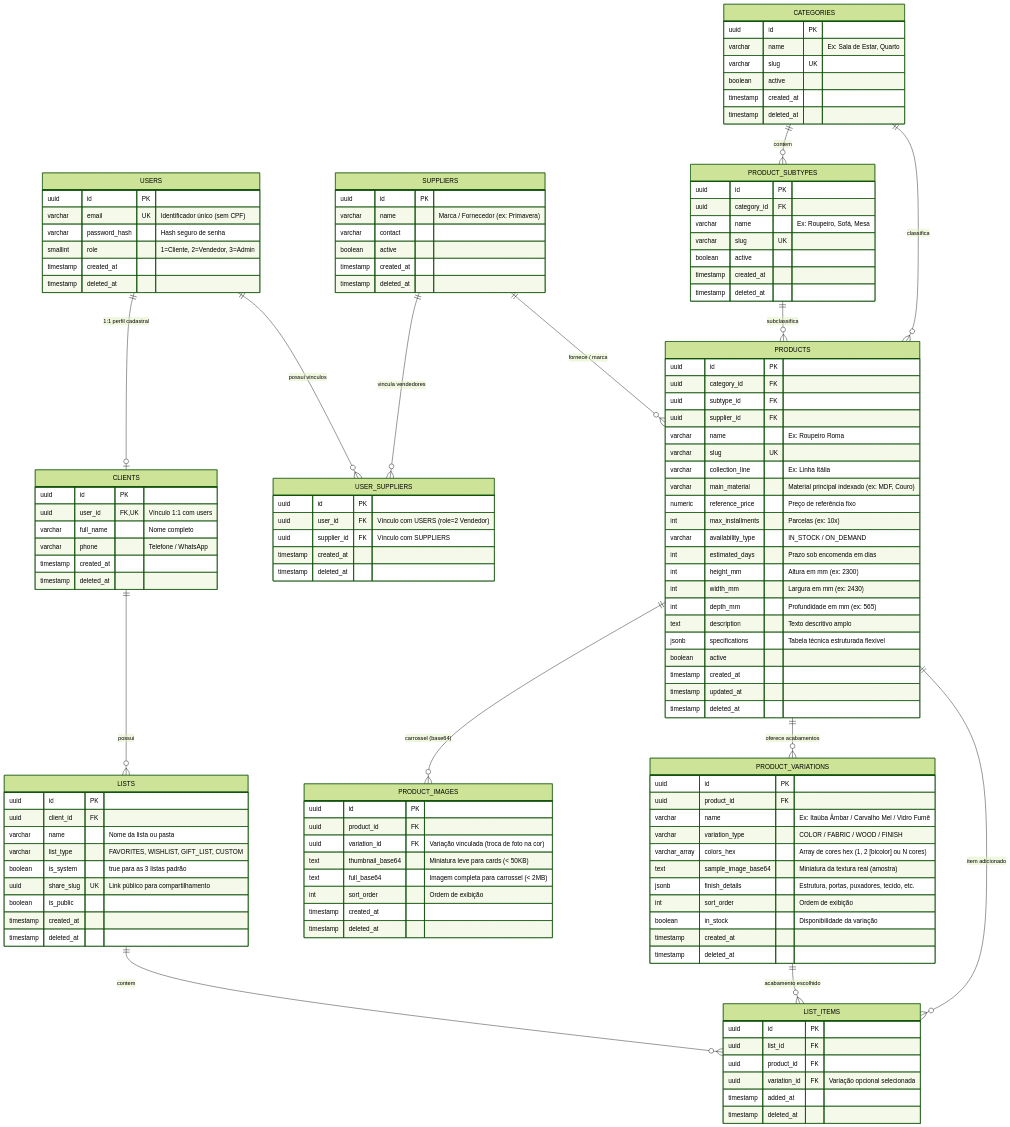
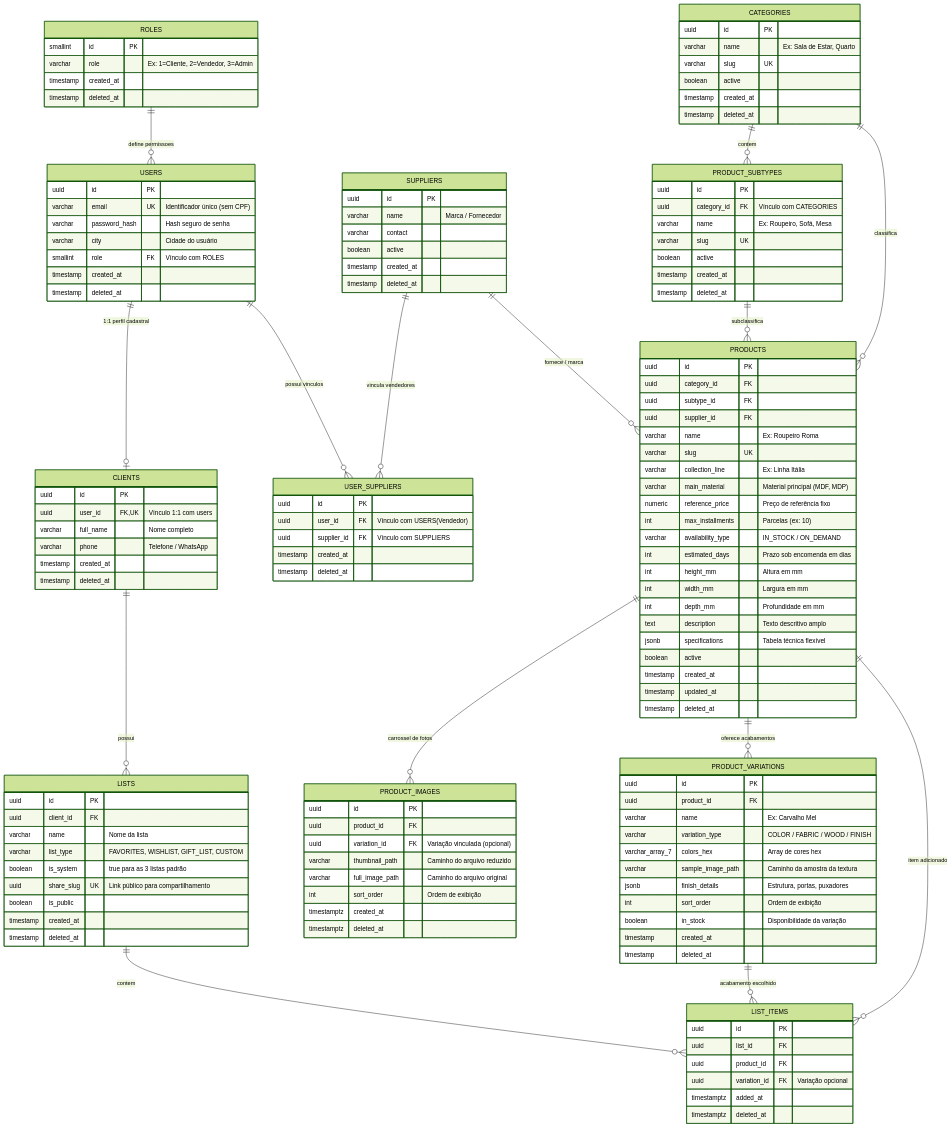
The diagram in docs/PRD.md (Joao-Camilo-Mallmann/site-emporio-henz), drawn with Mermaid (forest theme) before and after one commit.

Commit message:
Refine ER diagram and update field descriptions
Updated the entity-relationship diagram and refined field descriptions for clarity.

````diff
--- a/docs/PRD.md
+++ b/docs/PRD.md
@@ -323,5 +323,6 @@
 ```mermaid
 erDiagram
+    ROLES ||--o{ USERS : "define permissoes"
     USERS ||--o| CLIENTS : "1:1 perfil cadastral"
     USERS ||--o{ USER_SUPPLIERS : "possui vinculos"
     SUPPLIERS ||--o{ USER_SUPPLIERS : "vincula vendedores"
@@ -330,24 +331,32 @@
     CATEGORIES ||--o{ PRODUCTS : "classifica"
     PRODUCT_SUBTYPES ||--o{ PRODUCTS : "subclassifica"
     SUPPLIERS ||--o{ PRODUCTS : "fornece / marca"
-    PRODUCTS ||--o{ PRODUCT_IMAGES : "carrossel (base64)"
+    PRODUCTS ||--o{ PRODUCT_IMAGES : "carrossel de fotos"
     PRODUCTS ||--o{ PRODUCT_VARIATIONS : "oferece acabamentos"
     LISTS ||--o{ LIST_ITEMS : "contem"
     PRODUCTS ||--o{ LIST_ITEMS : "item adicionado"
     PRODUCT_VARIATIONS ||--o{ LIST_ITEMS : "acabamento escolhido"
 
+    ROLES {
+        smallint id PK
+        varchar role "Ex: 1=Cliente, 2=Vendedor, 3=Admin"
+        timestamp created_at
+        timestamp deleted_at
+    }
+
     USERS {
         uuid id PK
         varchar email UK "Identificador único (sem CPF)"
         varchar password_hash "Hash seguro de senha"
-        smallint role "1=Cliente, 2=Vendedor, 3=Admin"
+        varchar city "Cidade do usuário"
+        smallint role FK "Vínculo com ROLES"
         timestamp created_at
         timestamp deleted_at
     }
 
     USER_SUPPLIERS {
         uuid id PK
-        uuid user_id FK "Vínculo com USERS (role=2 Vendedor)"
+        uuid user_id FK "Vínculo com USERS(Vendedor)"
         uuid supplier_id FK "Vínculo com SUPPLIERS"
         timestamp created_at
         timestamp deleted_at
@@ -373,7 +382,7 @@
 
     PRODUCT_SUBTYPES {
         uuid id PK
-        uuid category_id FK
+        uuid category_id FK "Vínculo com CATEGORIES"
         varchar name "Ex: Roupeiro, Sofá, Mesa"
         varchar slug UK
         boolean active
@@ -383,7 +392,7 @@
 
     SUPPLIERS {
         uuid id PK
-        varchar name "Marca / Fornecedor (ex: Primavera)"
+        varchar name "Marca / Fornecedor"
         varchar contact
         boolean active
         timestamp created_at
@@ -398,16 +407,16 @@
         varchar name "Ex: Roupeiro Roma"
         varchar slug UK
         varchar collection_line "Ex: Linha Itália"
-        varchar main_material "Material principal indexado (ex: MDF, Couro)"
+        varchar main_material "Material principal (MDF, MDP)"
         numeric reference_price "Preço de referência fixo"
-        int max_installments "Parcelas (ex: 10x)"
+        int max_installments "Parcelas (ex: 10)"
         varchar availability_type "IN_STOCK / ON_DEMAND"
         int estimated_days "Prazo sob encomenda em dias"
-        int height_mm "Altura em mm (ex: 2300)"
-        int width_mm "Largura em mm (ex: 2430)"
-        int depth_mm "Profundidade em mm (ex: 565)"
+        int height_mm "Altura em mm"
+        int width_mm "Largura em mm"
+        int depth_mm "Profundidade em mm"
         text description "Texto descritivo amplo"
-        jsonb specifications "Tabela técnica estruturada flexível"
+        jsonb specifications "Tabela técnica flexível"
         boolean active
         timestamp created_at
         timestamp updated_at
@@ -417,22 +426,22 @@
     PRODUCT_IMAGES {
         uuid id PK
         uuid product_id FK
-        uuid variation_id FK "Variação vinculada (troca de foto na cor)"
-        text thumbnail_base64 "Miniatura leve para cards (< 50KB)"
-        text full_base64 "Imagem completa para carrossel (< 2MB)"
+        uuid variation_id FK "Variação vinculada (opcional)"
+        varchar thumbnail_path "Caminho do arquivo reduzido"
+        varchar full_image_path "Caminho do arquivo original"
         int sort_order "Ordem de exibição"
-        timestamp created_at
-        timestamp deleted_at
+        timestamptz created_at
+        timestamptz deleted_at
     }
 
     PRODUCT_VARIATIONS {
         uuid id PK
         uuid product_id FK
-        varchar name "Ex: Itaúba Âmbar / Carvalho Mel / Vidro Fumê"
+        varchar name "Ex: Carvalho Mel"
         varchar variation_type "COLOR / FABRIC / WOOD / FINISH"
-        varchar_array colors_hex "Array de cores hex (1, 2 [bicolor] ou N cores)"
-        text sample_image_base64 "Miniatura da textura real (amostra)"
-        jsonb finish_details "Estrutura, portas, puxadores, tecido, etc."
+        varchar_array_7 colors_hex "Array de cores hex"
+        varchar sample_image_path "Caminho da amostra da textura"
+        jsonb finish_details "Estrutura, portas, puxadores"
         int sort_order "Ordem de exibição"
         boolean in_stock "Disponibilidade da variação"
         timestamp created_at
@@ -442,7 +451,7 @@
     LISTS {
         uuid id PK
         uuid client_id FK
-        varchar name "Nome da lista ou pasta"
+        varchar name "Nome da lista"
         varchar list_type "FAVORITES, WISHLIST, GIFT_LIST, CUSTOM"
         boolean is_system "true para as 3 listas padrão"
         uuid share_slug UK "Link público para compartilhamento"
@@ -455,8 +464,8 @@
         uuid id PK
         uuid list_id FK
         uuid product_id FK
-        uuid variation_id FK "Variação opcional selecionada"
-        timestamp added_at
-        timestamp deleted_at
+        uuid variation_id FK "Variação opcional"
+        timestamptz added_at
+        timestamptz deleted_at
     }
 ```
````
